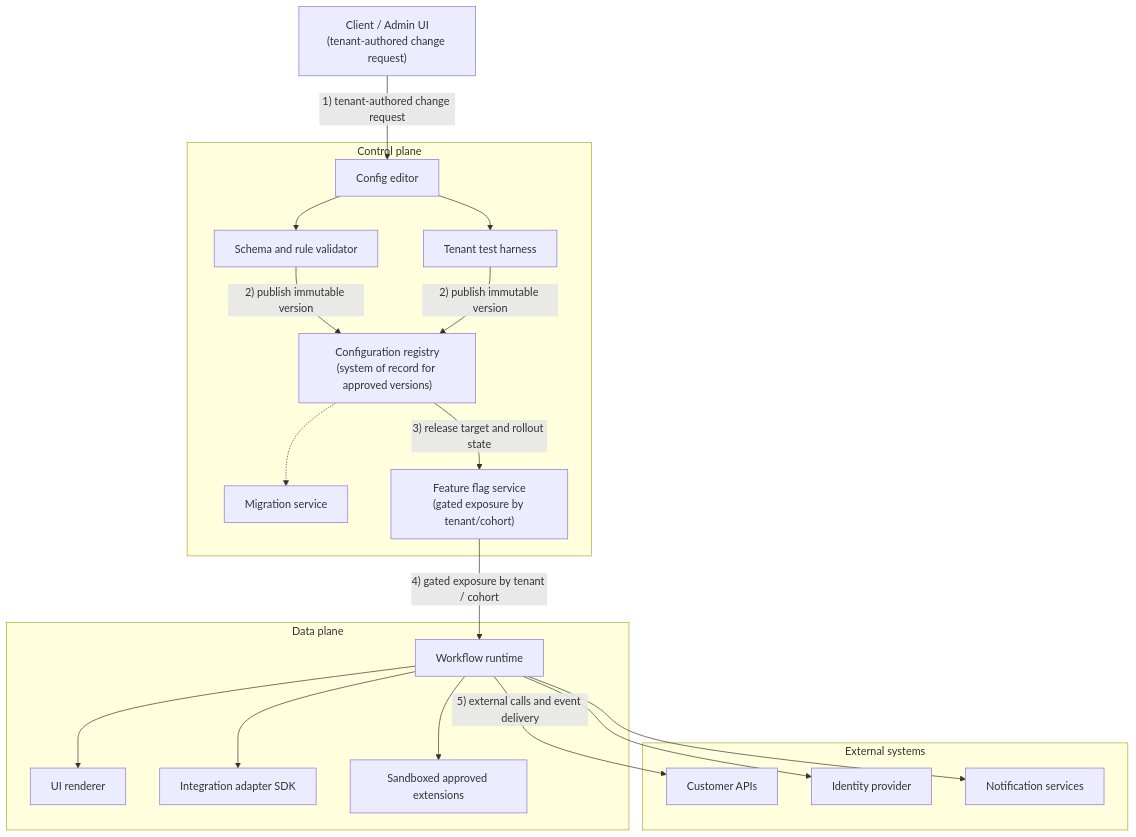
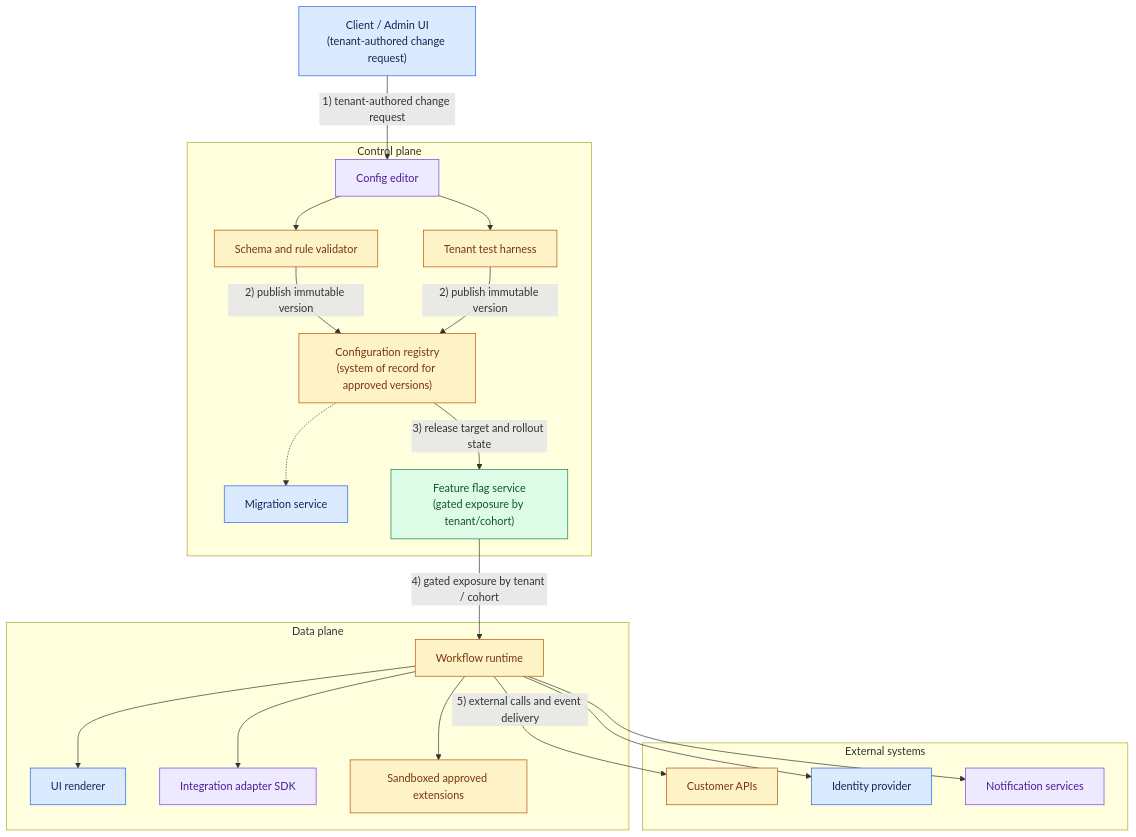
The first of 3 diagrams in 02_System_Design_Case_Studies/Standalone_Designs/25_Configurable_Platform_Customer_Workflows/3_Tutorial/25_Tutorial_Part_2.md (Sourav692/Forward-Deployed-Engineer-Interview-Prep), drawn with Mermaid before and after one commit. The commit also changed other lines of this file and 1268 other files, not shown here.

First line of the commit message:
content: polish Casebook writing and Mermaid diagrams (#251)

````diff
--- a/02_System_Design_Case_Studies/Standalone_Designs/25_Configurable_Platform_Customer_Workflows/3_Tutorial/25_Tutorial_Part_2.md
+++ b/02_System_Design_Case_Studies/Standalone_Designs/25_Configurable_Platform_Customer_Workflows/3_Tutorial/25_Tutorial_Part_2.md
@@ -90,37 +90,47 @@
 ```mermaid
 flowchart TB
   ADMIN["Client / Admin UI<br/>(tenant-authored change request)"]
   subgraph CP["Control plane"]
     EDITOR["Config editor"]
     VALIDATOR["Schema and rule validator"]
     HARNESS["Tenant test harness"]
     MIGRATE["Migration service"]
     REGISTRY["Configuration registry<br/>(system of record for approved versions)"]
     FLAGS["Feature flag service<br/>(gated exposure by tenant/cohort)"]
   end
   subgraph DP["Data plane"]
     RUNTIME["Workflow runtime"]
     UIRENDER["UI renderer"]
     ADAPTERSDK["Integration adapter SDK"]
     SANDBOX["Sandboxed approved extensions"]
   end
   subgraph EXT["External systems"]
     APIS["Customer APIs"]
     IDP["Identity provider"]
     NOTIFY["Notification services"]
   end
   ADMIN -->|"1) tenant-authored change request"| EDITOR
   EDITOR --> VALIDATOR
   EDITOR --> HARNESS
   VALIDATOR -->|"2) publish immutable version"| REGISTRY
   HARNESS -->|"2) publish immutable version"| REGISTRY
   REGISTRY -->|"3) release target and rollout state"| FLAGS
   FLAGS -->|"4) gated exposure by tenant / cohort"| RUNTIME
   RUNTIME --> UIRENDER
   RUNTIME --> ADAPTERSDK
   RUNTIME --> SANDBOX
   RUNTIME -->|"5) external calls and event delivery"| APIS
   RUNTIME --> IDP
   RUNTIME --> NOTIFY
   REGISTRY -.-> MIGRATE
+
+    %% Casebook colours: entry, reasoning, results, controls, and stopped paths.
+    classDef cbInput fill:#dbeafe,stroke:#2563eb,color:#172554
+    class ADMIN,MIGRATE,UIRENDER,IDP cbInput
+    classDef cbReason fill:#ede9fe,stroke:#7c3aed,color:#4c1d95
+    class EDITOR,ADAPTERSDK,NOTIFY cbReason
+    classDef cbPolicy fill:#fef3c7,stroke:#b45309,color:#78350f
+    class VALIDATOR,HARNESS,REGISTRY,RUNTIME,SANDBOX,APIS cbPolicy
+    classDef cbAction fill:#dcfce7,stroke:#15803d,color:#14532d
+    class FLAGS cbAction
 ```
````
